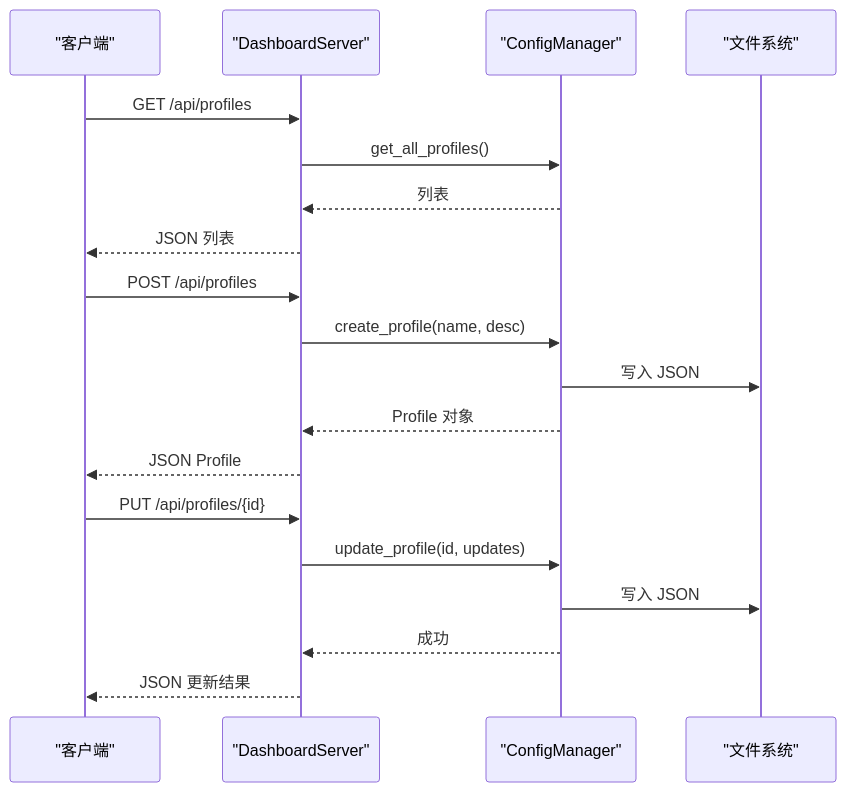
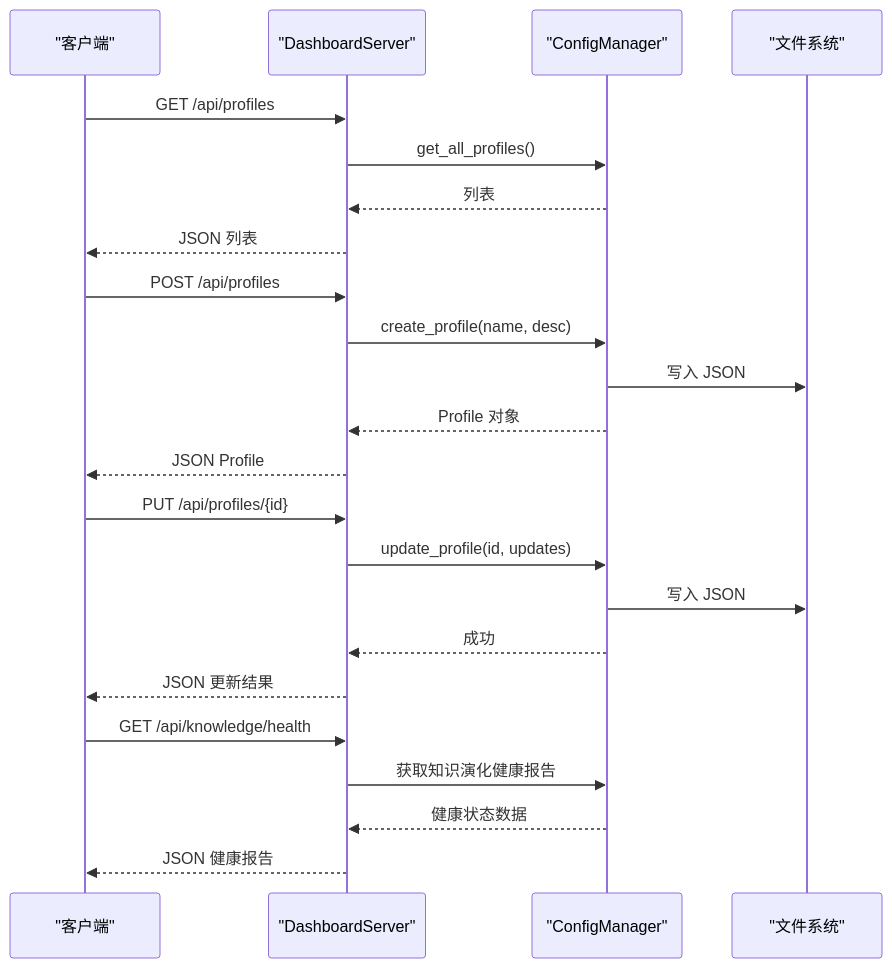
The fourth of 7 diagrams in .qoder/repowiki/zh/content/仪表板系统/仪表板系统.md (JieGaoPrinceton/NecoRAG), drawn with Mermaid before and after one commit. The commit also changed other lines of this file and 12 other files, not shown here.

````diff
--- a/.qoder/repowiki/zh/content/仪表板系统/仪表板系统.md
+++ b/.qoder/repowiki/zh/content/仪表板系统/仪表板系统.md
@@ -173,21 +193,25 @@
 ```mermaid
 sequenceDiagram
 participant Client as "客户端"
 participant Server as "DashboardServer"
 participant CM as "ConfigManager"
 participant FS as "文件系统"
 Client->>Server : GET /api/profiles
 Server->>CM : get_all_profiles()
 CM-->>Server : 列表
 Server-->>Client : JSON 列表
 Client->>Server : POST /api/profiles
 Server->>CM : create_profile(name, desc)
 CM->>FS : 写入 JSON
 CM-->>Server : Profile 对象
 Server-->>Client : JSON Profile
 Client->>Server : PUT /api/profiles/{id}
 Server->>CM : update_profile(id, updates)
 CM->>FS : 写入 JSON
 CM-->>Server : 成功
 Server-->>Client : JSON 更新结果
+Client->>Server : GET /api/knowledge/health
+Server->>CM : 获取知识演化健康报告
+CM-->>Server : 健康状态数据
+Server-->>Client : JSON 健康报告
 ```
````
